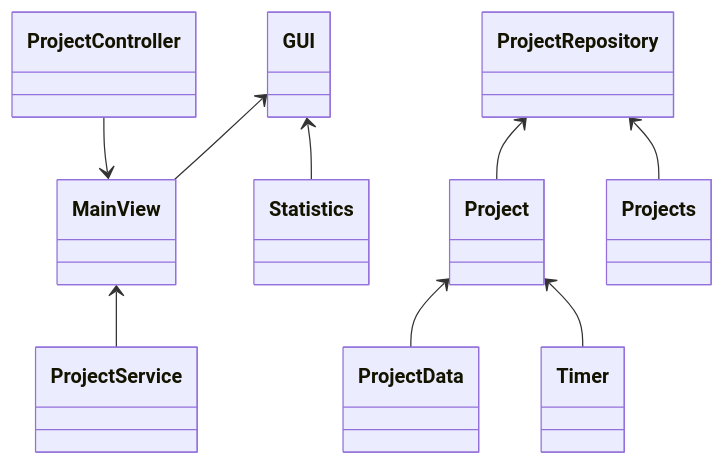
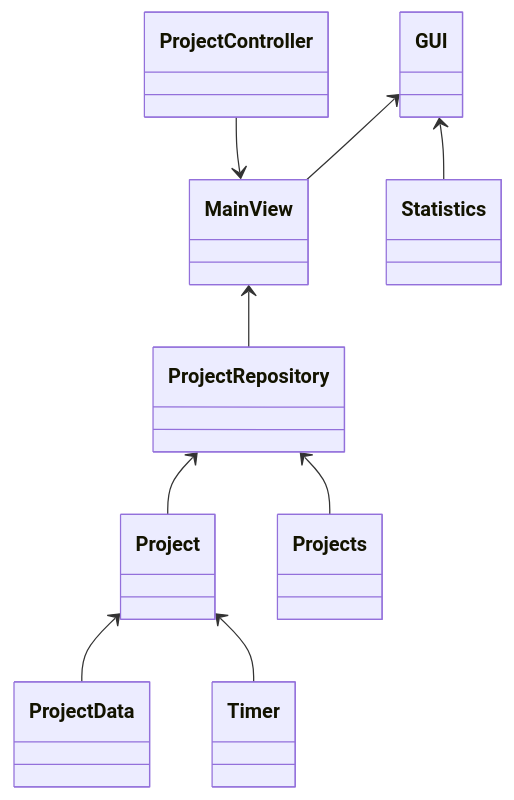
The diagram in dokumentaatio/arkkitehtuuri.md (Capscience/ot-harjoitustyo), drawn with Mermaid before and after one commit.

````diff
--- a/dokumentaatio/arkkitehtuuri.md
+++ b/dokumentaatio/arkkitehtuuri.md
@@ -13,29 +13,29 @@
 ```mermaid
 classDiagram
     GUI <-- MainView
     GUI <-- Statistics
     ProjectController --> MainView
-    MainView <-- ProjectService
+    MainView <-- ProjectRepository
     ProjectRepository <-- Project
     ProjectRepository <-- Projects
     Project <-- ProjectData
     Project <-- Timer
     class GUI{
     }
     class MainView{
     }
     class ProjectController{
     }
     class Statistics{
     }
     class ProjectRepository{
     }
     class Project{
     }
     class Timer{
     }
     class Projects{
     }
     class ProjectData{
     }
 ```
````
